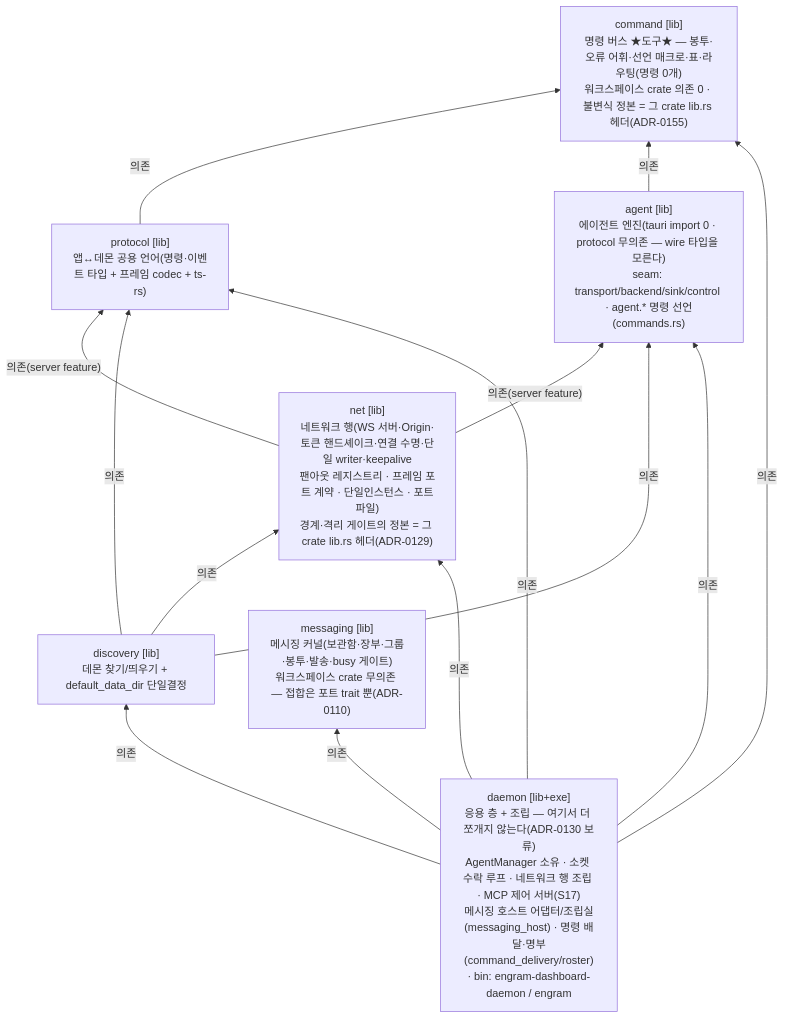
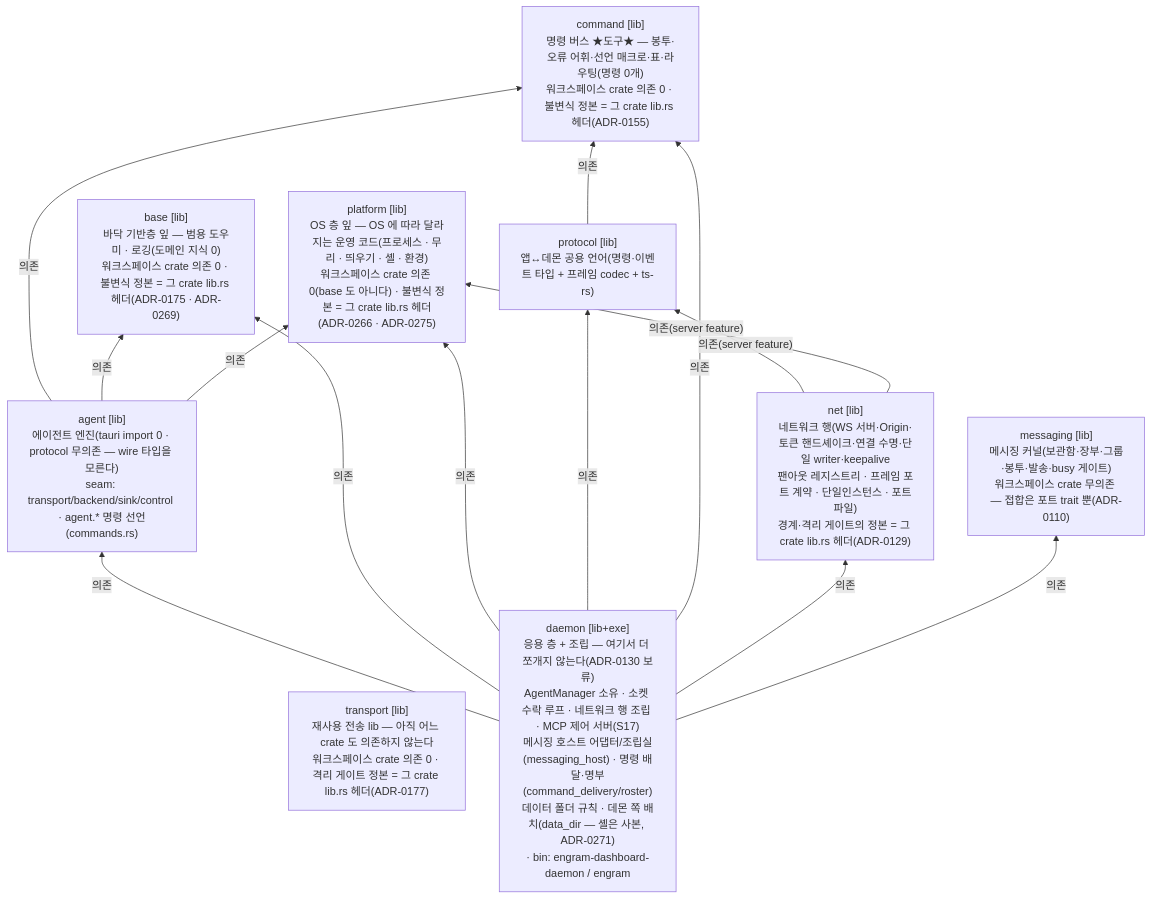
The third of 20 diagrams in docs/reference/architecture-overview.md (kimsunzun/engram-dashboard), drawn with Mermaid before and after one commit. The commit also changed other lines of this file and 31 other files, not shown here.

````diff
--- a/docs/reference/architecture-overview.md
+++ b/docs/reference/architecture-overview.md
@@ -170,24 +170,26 @@
 ```mermaid
 flowchart BT
+  base["base [lib]<br/>바닥 기반층 잎 — 범용 도우미 · 로깅(도메인 지식 0)<br/>워크스페이스 crate 의존 0 · 불변식 정본 = 그 crate lib.rs 헤더(ADR-0175 · ADR-0269)"]
+  platform["platform [lib]<br/>OS 층 잎 — OS 에 따라 달라지는 운영 코드(프로세스 · 무리 · 띄우기 · 셸 · 환경)<br/>워크스페이스 crate 의존 0(base 도 아니다) · 불변식 정본 = 그 crate lib.rs 헤더(ADR-0266 · ADR-0275)"]
+  transport["transport [lib]<br/>재사용 전송 lib — 아직 어느 crate 도 의존하지 않는다<br/>워크스페이스 crate 의존 0 · 격리 게이트 정본 = 그 crate lib.rs 헤더(ADR-0177)"]
   command["command [lib]<br/>명령 버스 ★도구★ — 봉투·오류 어휘·선언 매크로·표·라우팅(명령 0개)<br/>워크스페이스 crate 의존 0 · 불변식 정본 = 그 crate lib.rs 헤더(ADR-0155)"]
   protocol["protocol [lib]<br/>앱↔데몬 공용 언어(명령·이벤트 타입 + 프레임 codec + ts-rs)"]
   agent["agent [lib]<br/>에이전트 엔진(tauri import 0 · protocol 무의존 — wire 타입을 모른다)<br/>seam: transport/backend/sink/control · agent.* 명령 선언(commands.rs)"]
-  discovery["discovery [lib]<br/>데몬 찾기/띄우기 + default_data_dir 단일결정"]
   messaging["messaging [lib]<br/>메시징 커널(보관함·장부·그룹·봉투·발송·busy 게이트)<br/>워크스페이스 crate 무의존 — 접합은 포트 trait 뿐(ADR-0110)"]
   net["net [lib]<br/>네트워크 행(WS 서버·Origin·토큰 핸드셰이크·연결 수명·단일 writer·keepalive<br/>팬아웃 레지스트리 · 프레임 포트 계약 · 단일인스턴스 · 포트파일)<br/>경계·격리 게이트의 정본 = 그 crate lib.rs 헤더(ADR-0129)"]
-  daemon["daemon [lib+exe]<br/>응용 층 + 조립 — 여기서 더 쪼개지 않는다(ADR-0130 보류)<br/>AgentManager 소유 · 소켓 수락 루프 · 네트워크 행 조립 · MCP 제어 서버(S17)<br/>메시징 호스트 어댑터/조립실(messaging_host) · 명령 배달·명부(command_delivery/roster)<br/>· bin: engram-dashboard-daemon / engram"]
+  daemon["daemon [lib+exe]<br/>응용 층 + 조립 — 여기서 더 쪼개지 않는다(ADR-0130 보류)<br/>AgentManager 소유 · 소켓 수락 루프 · 네트워크 행 조립 · MCP 제어 서버(S17)<br/>메시징 호스트 어댑터/조립실(messaging_host) · 명령 배달·명부(command_delivery/roster)<br/>데이터 폴더 규칙 · 데몬 쪽 배치(data_dir — 셸은 사본, ADR-0271)<br/>· bin: engram-dashboard-daemon / engram"]
 
   protocol -->|"의존"| command
   agent -->|"의존"| command
+  agent -->|"의존"| base
+  agent -->|"의존"| platform
   net -->|"의존(server feature)"| protocol
-  net -->|"의존(server feature)"| agent
-  discovery -->|"의존"| protocol
-  discovery -->|"의존"| agent
-  discovery -->|"의존"| net
+  net -->|"의존(server feature)"| platform
   daemon -->|"의존"| agent
+  daemon -->|"의존"| base
+  daemon -->|"의존"| platform
   daemon -->|"의존"| protocol
   daemon -->|"의존"| command
   daemon -->|"의존"| net
-  daemon -->|"의존"| discovery
   daemon -->|"의존"| messaging
 ```
````
